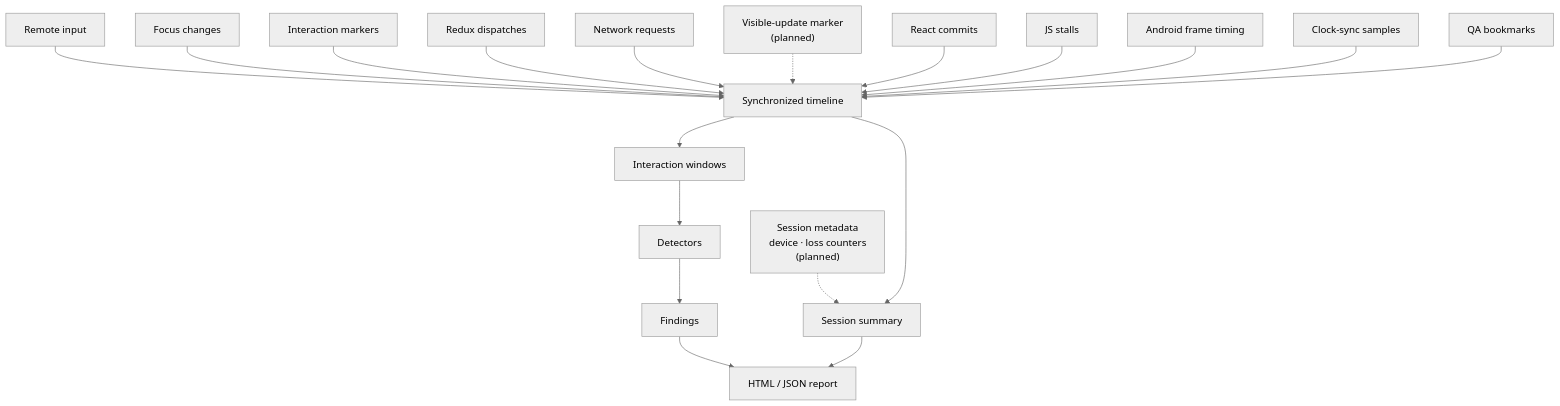
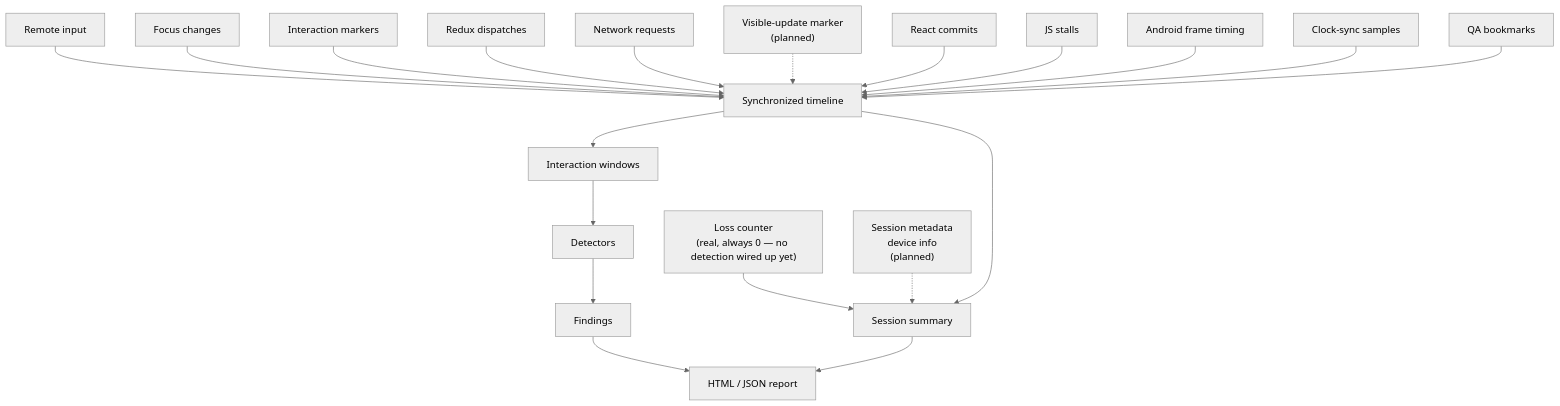
The diagram in diagrams/signals.mmd (undrafted/rn-android-tv-session-telemetry), drawn with Mermaid before and after one commit. The commit also changed 7 other files, not shown here.

```diff
--- a/diagrams/signals.mmd
+++ b/diagrams/signals.mmd
@@ -1,21 +1,22 @@
 %%{init: {"theme": "neutral"}}%%
 flowchart TD
     RemoteInput["Remote input"] --> Timeline["Synchronized timeline"]
     Focus["Focus changes"] --> Timeline
     InteractionMarker["Interaction markers"] --> Timeline
     Redux["Redux dispatches"] --> Timeline
     Network["Network requests"] --> Timeline
     VisibleUpdate["Visible-update marker<br/>(planned)"] -.-> Timeline
     ReactCommit["React commits"] --> Timeline
     JSStall["JS stalls"] --> Timeline
     FrameTiming["Android frame timing"] --> Timeline
     ClockSync["Clock-sync samples"] --> Timeline
     Bookmarks["QA bookmarks"] --> Timeline
-    SessionMeta["Session metadata<br/>device · loss counters<br/>(planned)"] -.-> Summary
+    LossCount["Loss counter<br/>(real, always 0 — no detection wired up yet)"] --> Summary
+    SessionMeta["Session metadata<br/>device info<br/>(planned)"] -.-> Summary
 
     Timeline --> Windows["Interaction windows"]
     Timeline --> Summary["Session summary"]
     Windows --> Detectors["Detectors"]
     Detectors --> Findings["Findings"]
     Findings --> ReportOut["HTML / JSON report"]
     Summary --> ReportOut
```
